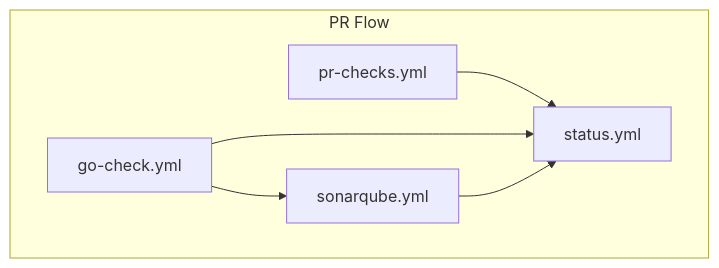
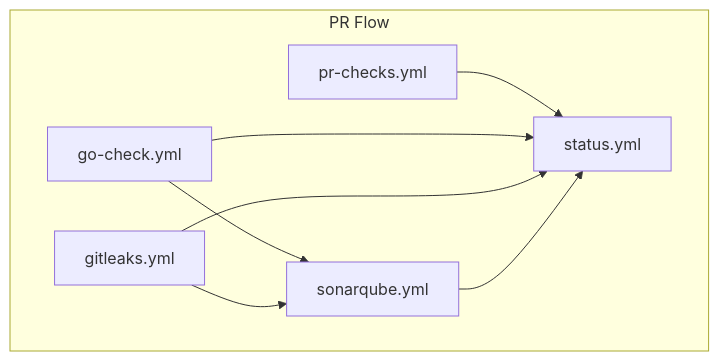
Before and after one commit to duyhenryer/shared-workflows: the third of 4 diagrams in USAGE.md, drawn with Mermaid. The commit also changed other lines of this file and 3 other files, not shown here.

````diff
--- a/USAGE.md
+++ b/USAGE.md
@@ -449,14 +528,17 @@
 ```mermaid
 flowchart TD
     subgraph pr_flow ["PR Flow"]
         PR["pr-checks.yml"]
         GOCHECK["go-check.yml"]
+        GITLEAKS["gitleaks.yml"]
         SONAR["sonarqube.yml"]
         NOTIFY["status.yml"]
 
         GOCHECK --> SONAR
+        GITLEAKS --> SONAR
         PR --> NOTIFY
         GOCHECK --> NOTIFY
+        GITLEAKS --> NOTIFY
         SONAR --> NOTIFY
     end
 ```
````
